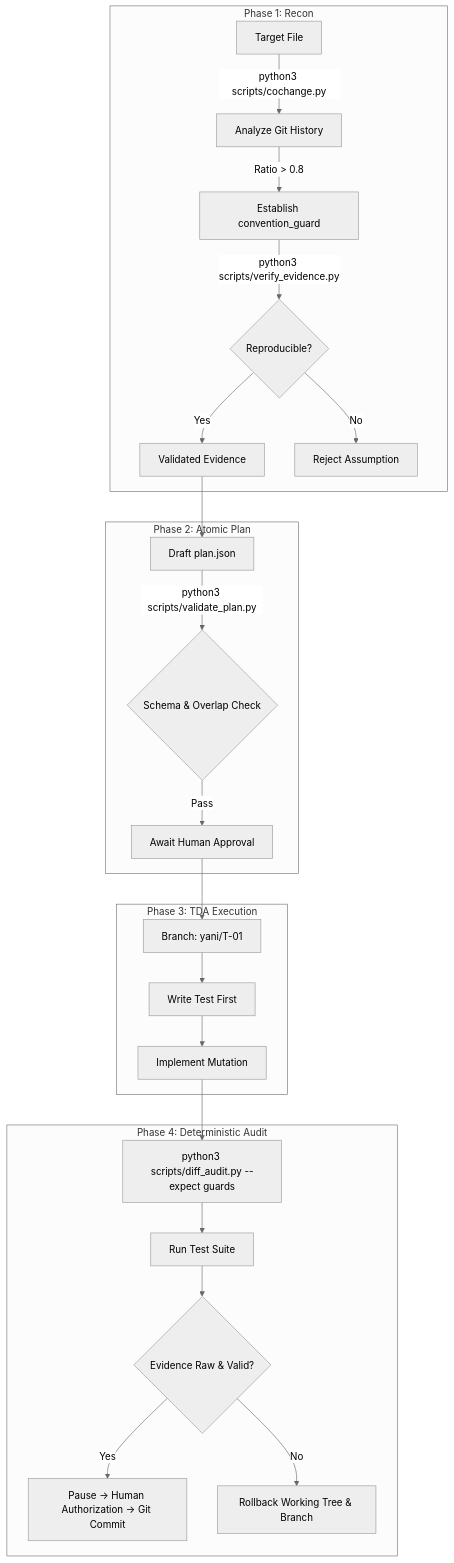
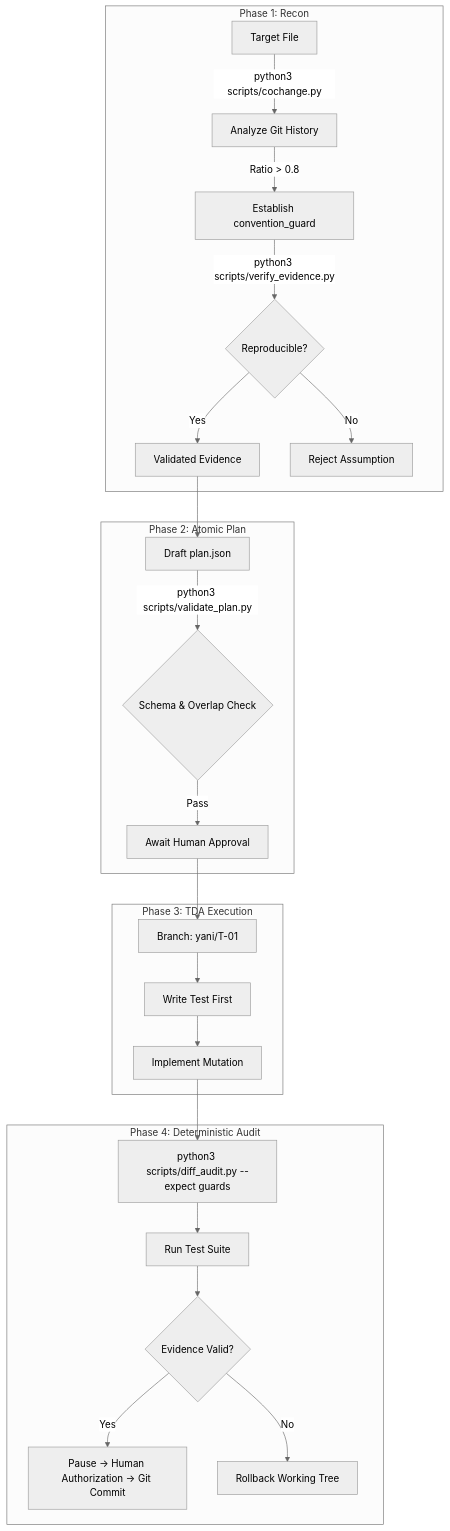
The second of 4 diagrams in README.md (emmanuelol/yani-engine), drawn with Mermaid (neutral theme) before and after one commit. The commit also changed other lines of this file and 2 other files, not shown here.

Commit message:
docs: Fix Mermaid syntax quoting and clarify yani-skill as Lite edition

````diff
--- a/README.md
+++ b/README.md
@@ -47,30 +59,30 @@
 ```mermaid
 flowchart TD
     subgraph Phase 1: Recon
-    A[Target File] -->|python3 scripts/cochange.py| B[Analyze Git History]
-    B -->|Ratio > 0.8| C[Establish convention_guard]
-    C -->|python3 scripts/verify_evidence.py| D{Reproducible?}
-    D -- Yes --> E[Validated Evidence]
-    D -- No --> F[Reject Assumption]
+    A["Target File"] -->|"python3 scripts/cochange.py"| B["Analyze Git History"]
+    B -->|"Ratio > 0.8"| C["Establish convention_guard"]
+    C -->|"python3 scripts/verify_evidence.py"| D{"Reproducible?"}
+    D -- Yes --> E["Validated Evidence"]
+    D -- No --> F["Reject Assumption"]
     end
 
     subgraph Phase 2: Atomic Plan
-    E --> G[Draft plan.json]
-    G -->|python3 scripts/validate_plan.py| H{Schema & Overlap Check}
-    H -- Pass --> I[Await Human Approval]
+    E --> G["Draft plan.json"]
+    G -->|"python3 scripts/validate_plan.py"| H{"Schema & Overlap Check"}
+    H -- Pass --> I["Await Human Approval"]
     end
 
     subgraph Phase 3: TDA Execution
-    I --> J[Branch: yani/T-01]
-    J --> K[Write Test First]
-    K --> L[Implement Mutation]
+    I --> J["Branch: yani/T-01"]
+    J --> K["Write Test First"]
+    K --> L["Implement Mutation"]
     end
 
     subgraph Phase 4: Deterministic Audit
-    L --> M[python3 scripts/diff_audit.py --expect guards]
-    M --> N[Run Test Suite]
-    N --> O{Evidence Raw & Valid?}
-    O -- Yes --> P[Pause -> Human Authorization -> Git Commit]
-    O -- No --> Q[Rollback Working Tree & Branch]
+    L --> M["python3 scripts/diff_audit.py --expect guards"]
+    M --> N["Run Test Suite"]
+    N --> O{"Evidence Valid?"}
+    O -- Yes --> P["Pause -> Human Authorization -> Git Commit"]
+    O -- No --> Q["Rollback Working Tree"]
     end
 ```
````
